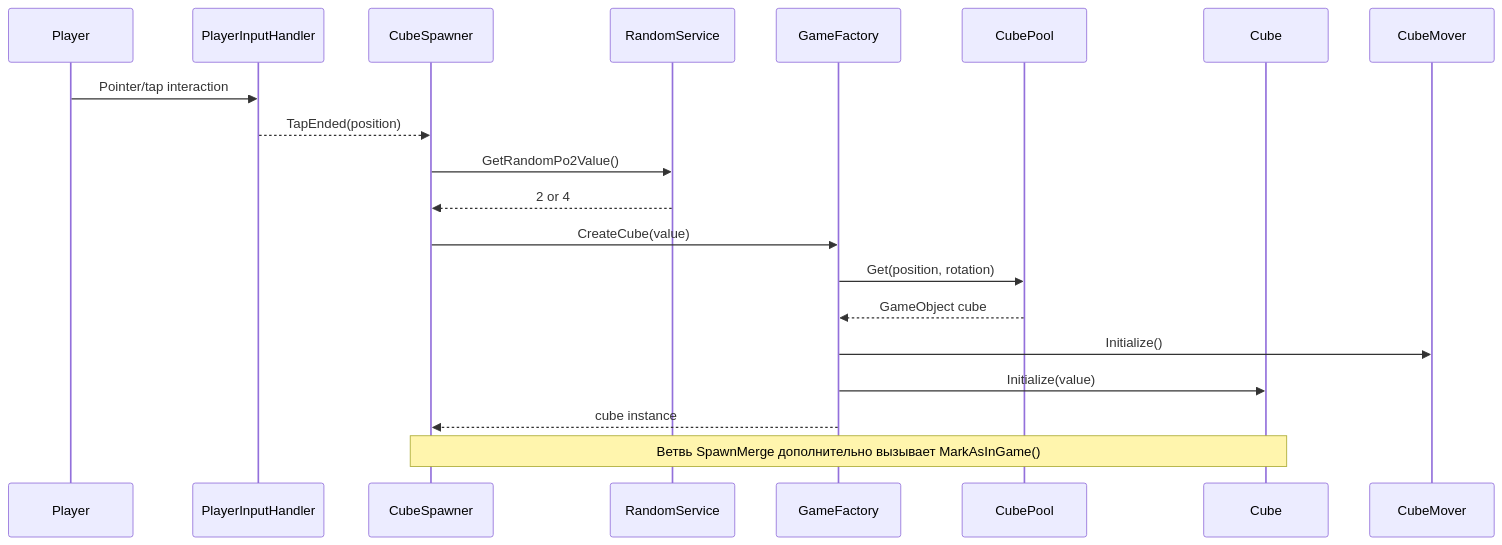
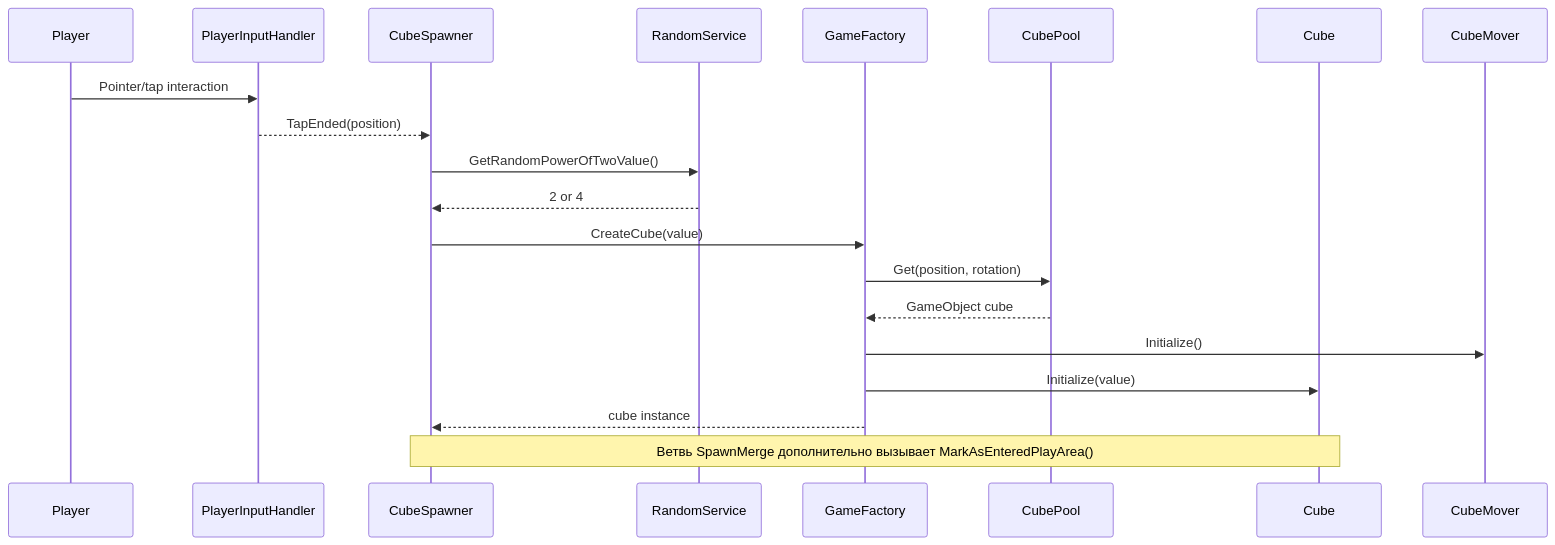
The third of 6 diagrams in src/2048/ARCHITECTURE.md (Olsney/2048), drawn with Mermaid before and after one commit. The commit also changed other lines of this file and 13 other files, not shown here.

````diff
--- a/src/2048/ARCHITECTURE.md
+++ b/src/2048/ARCHITECTURE.md
@@ -439,23 +439,23 @@
 ```mermaid
 sequenceDiagram
     participant P as Player
     participant PIH as PlayerInputHandler
     participant CS as CubeSpawner
     participant RS as RandomService
     participant GF as GameFactory
     participant CP as CubePool
     participant C as Cube
     participant CM as CubeMover
 
     P->>PIH: Pointer/tap interaction
     PIH-->>CS: TapEnded(position)
-    CS->>RS: GetRandomPo2Value()
+    CS->>RS: GetRandomPowerOfTwoValue()
     RS-->>CS: 2 or 4
     CS->>GF: CreateCube(value)
     GF->>CP: Get(position, rotation)
     CP-->>GF: GameObject cube
     GF->>CM: Initialize()
     GF->>C: Initialize(value)
     GF-->>CS: cube instance
-    Note over CS,C: Ветвь SpawnMerge дополнительно вызывает MarkAsInGame()
+    Note over CS,C: Ветвь SpawnMerge дополнительно вызывает MarkAsEnteredPlayArea()
 ```
````
